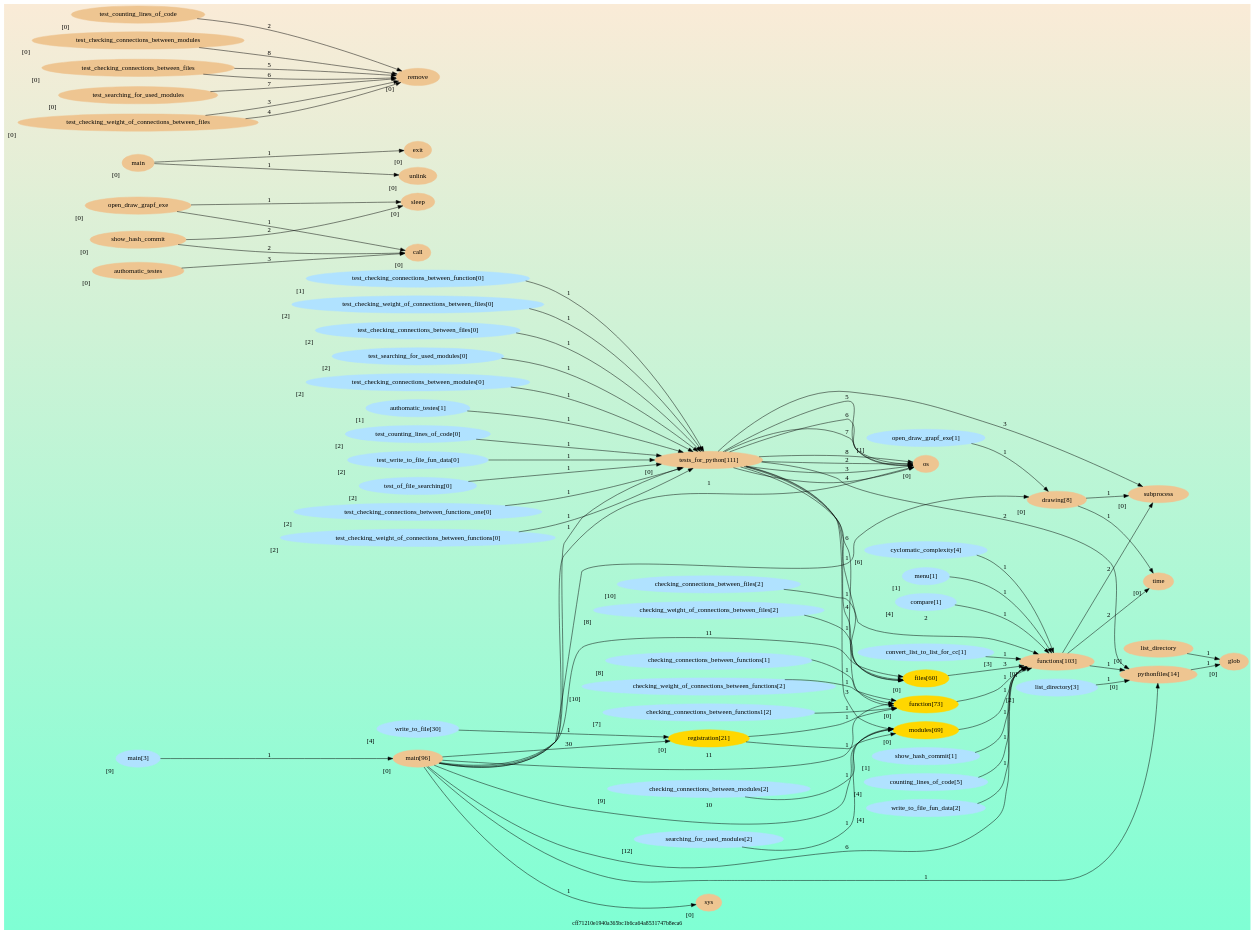
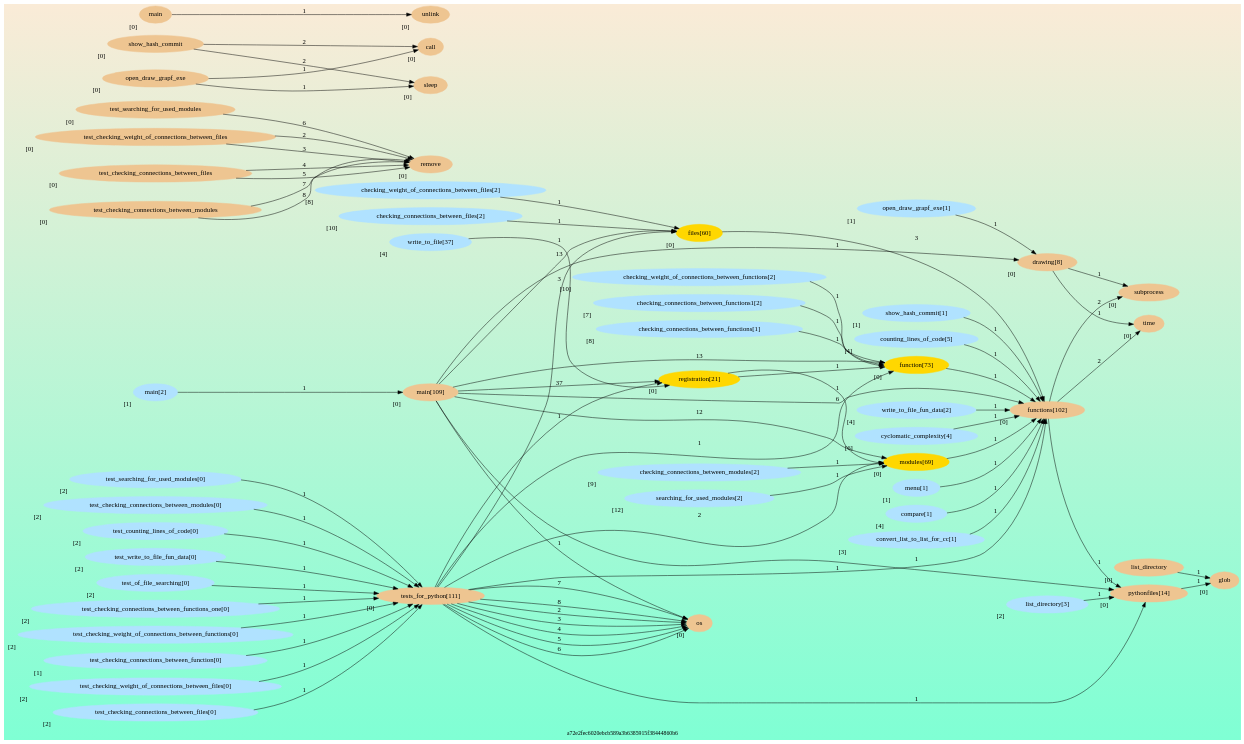
Before and after one commit to gzelek8/IO-ProjectJozin: the diagram in temp.dot, drawn with Graphviz. The commit also changed 14 other files, not shown here.

```diff
--- a/temp.dot
+++ b/temp.dot
@@ -11,12 +11,12 @@
 "compare[1]" [style =filled, color=lightskyblue1 xlabel=" [4]"]; 
 "convert_list_to_list_for_cc[1]" [style =filled, color=lightskyblue1 xlabel=" [3]"]; 
 "show_hash_commit[1]" [style =filled, color=lightskyblue1 xlabel=" [1]"]; 
-"main[3]" [style =filled, color=lightskyblue1 xlabel=" [9]"]; 
-"main[96]" [style =filled, color=lightskyblue1 xlabel=" [9]"]; 
+"main[2]" [style =filled, color=lightskyblue1 xlabel=" [1]"]; 
+"main[109]" [style =filled, color=lightskyblue1 xlabel=" [1]"]; 
 "searching_for_used_modules[2]" [style =filled, color=lightskyblue1 xlabel="[12]"]; 
 "checking_connections_between_modules[2]" [style =filled, color=lightskyblue1 xlabel=" [9]"]; 
 "list_directory[3]" [style =filled, color=lightskyblue1 xlabel=" [2]"]; 
-"write_to_file[30]" [style =filled, color=lightskyblue1 xlabel=" [4]"]; 
+"write_to_file[37]" [style =filled, color=lightskyblue1 xlabel=" [4]"]; 
 "test_counting_lines_of_code[0]" [style =filled, color=lightskyblue1 xlabel=" [2]"]; 
 "test_write_to_file_fun_data[0]" [style =filled, color=lightskyblue1 xlabel=" [2]"]; 
 "test_of_file_searching[0]" [style =filled, color=lightskyblue1 xlabel=" [2]"]; 
@@ -27,54 +27,49 @@
 "test_checking_connections_between_files[0]" [style =filled, color=lightskyblue1 xlabel=" [2]"]; 
 "test_searching_for_used_modules[0]" [style =filled, color=lightskyblue1 xlabel=" [2]"]; 
 "test_checking_connections_between_modules[0]" [style =filled, color=lightskyblue1 xlabel=" [2]"]; 
-"authomatic_testes[1]" [style =filled, color=lightskyblue1 xlabel=" [1]"]; 
-"time" [style =filled, color=lightskyblue1 xlabel=" [0]"]; 
-"main[96]" [style =filled, color=lightskyblue1 xlabel=" [0]"]; 
-"show_hash_commit" [style =filled, color=lightskyblue1 xlabel=" [0]"]; 
-"pythonfiles[14]" [style =filled, color=lightskyblue1 xlabel=" [0]"]; 
-"files[60]" [style =filled, color=lightskyblue1 xlabel=" [0]"]; 
-"glob" [style =filled, color=lightskyblue1 xlabel=" [0]"]; 
-"sleep" [style =filled, color=lightskyblue1 xlabel=" [0]"]; 
-"exit" [style =filled, color=lightskyblue1 xlabel=" [0]"]; 
-"authomatic_testes" [style =filled, color=lightskyblue1 xlabel=" [0]"]; 
+"subprocess" [style =filled, color=lightskyblue1 xlabel=" [0]"]; 
+"test_searching_for_used_modules" [style =filled, color=lightskyblue1 xlabel=" [0]"]; 
 "function[73]" [style =filled, color=lightskyblue1 xlabel=" [0]"]; 
 "list_directory" [style =filled, color=lightskyblue1 xlabel=" [0]"]; 
+"drawing[8]" [style =filled, color=lightskyblue1 xlabel=" [0]"]; 
+"functions[102]" [style =filled, color=lightskyblue1 xlabel=" [0]"]; 
+"time" [style =filled, color=lightskyblue1 xlabel=" [0]"]; 
+"test_checking_weight_of_connections_between_files" [style =filled, color=lightskyblue1 xlabel=" [0]"]; 
+"show_hash_commit" [style =filled, color=lightskyblue1 xlabel=" [0]"]; 
 "unlink" [style =filled, color=lightskyblue1 xlabel=" [0]"]; 
+"pythonfiles[14]" [style =filled, color=lightskyblue1 xlabel=" [0]"]; 
+"os" [style =filled, color=lightskyblue1 xlabel=" [0]"]; 
+"tests_for_python[111]" [style =filled, color=lightskyblue1 xlabel=" [0]"]; 
+"call" [style =filled, color=lightskyblue1 xlabel=" [0]"]; 
+"glob" [style =filled, color=lightskyblue1 xlabel=" [0]"]; 
+"test_checking_connections_between_files" [style =filled, color=lightskyblue1 xlabel=" [0]"]; 
+"test_checking_connections_between_modules" [style =filled, color=lightskyblue1 xlabel=" [0]"]; 
+"registration[21]" [style =filled, color=lightskyblue1 xlabel=" [0]"]; 
+"files[60]" [style =filled, color=lightskyblue1 xlabel=" [0]"]; 
+"modules[69]" [style =filled, color=lightskyblue1 xlabel=" [0]"]; 
 "main" [style =filled, color=lightskyblue1 xlabel=" [0]"]; 
-"test_counting_lines_of_code" [style =filled, color=lightskyblue1 xlabel=" [0]"]; 
-"functions[103]" [style =filled, color=lightskyblue1 xlabel=" [0]"]; 
-"test_checking_connections_between_modules" [style =filled, color=lightskyblue1 xlabel=" [0]"]; 
-"test_checking_connections_between_files" [style =filled, color=lightskyblue1 xlabel=" [0]"]; 
-"drawing[8]" [style =filled, color=lightskyblue1 xlabel=" [0]"]; 
-"test_searching_for_used_modules" [style =filled, color=lightskyblue1 xlabel=" [0]"]; 
-"sys" [style =filled, color=lightskyblue1 xlabel=" [0]"]; 
-"tests_for_python[111]" [style =filled, color=lightskyblue1 xlabel=" [0]"]; 
-"os" [style =filled, color=lightskyblue1 xlabel=" [0]"]; 
-"subprocess" [style =filled, color=lightskyblue1 xlabel=" [0]"]; 
-"test_checking_weight_of_connections_between_files" [style =filled, color=lightskyblue1 xlabel=" [0]"]; 
-"modules[69]" [style =filled, color=lightskyblue1 xlabel=" [0]"]; 
-"call" [style =filled, color=lightskyblue1 xlabel=" [0]"]; 
-"registration[21]" [style =filled, color=lightskyblue1 xlabel=" [0]"]; 
 "open_draw_grapf_exe" [style =filled, color=lightskyblue1 xlabel=" [0]"]; 
 "remove" [style =filled, color=lightskyblue1 xlabel=" [0]"]; 
+"main[109]" [style =filled, color=lightskyblue1 xlabel=" [0]"]; 
+"sleep" [style =filled, color=lightskyblue1 xlabel=" [0]"]; 
 "open_draw_grapf_exe[1]"->"drawing[8]"[label = 1];
 "checking_weight_of_connections_between_files[2]"->"files[60]"[label = 1];
 "checking_connections_between_files[2]"->"files[60]"[label = 1];
 "checking_connections_between_functions1[2]"->"function[73]"[label = 1];
 "checking_connections_between_functions[1]"->"function[73]"[label = 1];
 "checking_weight_of_connections_between_functions[2]"->"function[73]"[label = 1];
-"counting_lines_of_code[5]"->"functions[103]"[label = 1];
-"write_to_file_fun_data[2]"->"functions[103]"[label = 1];
-"cyclomatic_complexity[4]"->"functions[103]"[label = 1];
-"menu[1]"->"functions[103]"[label = 1];
-"compare[1]"->"functions[103]"[label = 1];
-"convert_list_to_list_for_cc[1]"->"functions[103]"[label = 1];
-"show_hash_commit[1]"->"functions[103]"[label = 1];
-"main[3]"->"main[96]"[label = 1];
+"counting_lines_of_code[5]"->"functions[102]"[label = 1];
+"write_to_file_fun_data[2]"->"functions[102]"[label = 1];
+"cyclomatic_complexity[4]"->"functions[102]"[label = 1];
+"menu[1]"->"functions[102]"[label = 1];
+"compare[1]"->"functions[102]"[label = 1];
+"convert_list_to_list_for_cc[1]"->"functions[102]"[label = 1];
+"show_hash_commit[1]"->"functions[102]"[label = 1];
+"main[2]"->"main[109]"[label = 1];
 "searching_for_used_modules[2]"->"modules[69]"[label = 1];
 "checking_connections_between_modules[2]"->"modules[69]"[label = 1];
 "list_directory[3]"->"pythonfiles[14]"[label = 1];
-"write_to_file[30]"->"registration[21]"[label = 1];
+"write_to_file[37]"->"registration[21]"[label = 1];
 "test_counting_lines_of_code[0]"->"tests_for_python[111]"[label = 1];
 "test_write_to_file_fun_data[0]"->"tests_for_python[111]"[label = 1];
 "test_of_file_searching[0]"->"tests_for_python[111]"[label = 1];
@@ -85,31 +80,28 @@
 "test_checking_connections_between_files[0]"->"tests_for_python[111]"[label = 1];
 "test_searching_for_used_modules[0]"->"tests_for_python[111]"[label = 1];
 "test_checking_connections_between_modules[0]"->"tests_for_python[111]"[label = 1];
-"authomatic_testes[1]"->"tests_for_python[111]"[label = 1];
 "files[60]" [style =filled, color=gold1]; 
-"functions[103]" [style =filled, color=gold1]; 
+"functions[102]" [style =filled, color=gold1]; 
 "function[73]" [style =filled, color=gold1]; 
-"functions[103]" [style =filled, color=gold1]; 
-"functions[103]" [style =filled, color=gold1]; 
+"functions[102]" [style =filled, color=gold1]; 
+"functions[102]" [style =filled, color=gold1]; 
 "pythonfiles[14]" [style =filled, color=gold1]; 
-"main[96]" [style =filled, color=gold1]; 
+"main[109]" [style =filled, color=gold1]; 
 "drawing[8]" [style =filled, color=gold1]; 
-"main[96]" [style =filled, color=gold1]; 
+"main[109]" [style =filled, color=gold1]; 
 "files[60]" [style =filled, color=gold1]; 
-"main[96]" [style =filled, color=gold1]; 
+"main[109]" [style =filled, color=gold1]; 
 "function[73]" [style =filled, color=gold1]; 
-"main[96]" [style =filled, color=gold1]; 
-"functions[103]" [style =filled, color=gold1]; 
-"main[96]" [style =filled, color=gold1]; 
+"main[109]" [style =filled, color=gold1]; 
+"functions[102]" [style =filled, color=gold1]; 
+"main[109]" [style =filled, color=gold1]; 
 "modules[69]" [style =filled, color=gold1]; 
-"main[96]" [style =filled, color=gold1]; 
+"main[109]" [style =filled, color=gold1]; 
 "pythonfiles[14]" [style =filled, color=gold1]; 
-"main[96]" [style =filled, color=gold1]; 
+"main[109]" [style =filled, color=gold1]; 
 "registration[21]" [style =filled, color=gold1]; 
-"main[96]" [style =filled, color=gold1]; 
-"tests_for_python[111]" [style =filled, color=gold1]; 
 "modules[69]" [style =filled, color=gold1]; 
-"functions[103]" [style =filled, color=gold1]; 
+"functions[102]" [style =filled, color=gold1]; 
 "registration[21]" [style =filled, color=gold1]; 
 "files[60]" [style =filled, color=gold1]; 
 "registration[21]" [style =filled, color=gold1]; 
@@ -117,60 +109,66 @@
 "registration[21]" [style =filled, color=gold1]; 
 "modules[69]" [style =filled, color=gold1]; 
 "tests_for_python[111]" [style =filled, color=gold1]; 
-"files[60]" [style =filled, color=gold1]; 
-"tests_for_python[111]" [style =filled, color=gold1]; 
 "function[73]" [style =filled, color=gold1]; 
 "tests_for_python[111]" [style =filled, color=gold1]; 
-"functions[103]" [style =filled, color=gold1]; 
+"registration[21]" [style =filled, color=gold1]; 
+"tests_for_python[111]" [style =filled, color=gold1]; 
+"pythonfiles[14]" [style =filled, color=gold1]; 
+"tests_for_python[111]" [style =filled, color=gold1]; 
+"functions[102]" [style =filled, color=gold1]; 
+"tests_for_python[111]" [style =filled, color=gold1]; 
+"files[60]" [style =filled, color=gold1]; 
 "tests_for_python[111]" [style =filled, color=gold1]; 
 "modules[69]" [style =filled, color=gold1]; 
 "tests_for_python[111]" [style =filled, color=gold1]; 
-"pythonfiles[14]" [style =filled, color=gold1]; 
-"files[60]"->"functions[103]"[label = 3];
-"function[73]"->"functions[103]"[label = 1];
-"functions[103]"->"pythonfiles[14]"[label = 1];
-"main[96]"->"drawing[8]"[label = 1];
-"main[96]"->"files[60]"[label = 11];
-"main[96]"->"function[73]"[label = 11];
-"main[96]"->"functions[103]"[label = 6];
-"main[96]"->"modules[69]"[label = 10];
-"main[96]"->"pythonfiles[14]"[label = 1];
-"main[96]"->"registration[21]"[label = 30];
-"main[96]"->"tests_for_python[111]"[label = 1];
-"modules[69]"->"functions[103]"[label = 1];
+"main[109]" [style =filled, color=gold1]; 
+"files[60]"->"functions[102]"[label = 3];
+"function[73]"->"functions[102]"[label = 1];
+"functions[102]"->"pythonfiles[14]"[label = 1];
+"main[109]"->"drawing[8]"[label = 1];
+"main[109]"->"files[60]"[label = 13];
+"main[109]"->"function[73]"[label = 13];
+"main[109]"->"functions[102]"[label = 6];
+"main[109]"->"modules[69]"[label = 12];
+"main[109]"->"pythonfiles[14]"[label = 1];
+"main[109]"->"registration[21]"[label = 37];
+"modules[69]"->"functions[102]"[label = 1];
 "registration[21]";
 "files[60]";
 "registration[21]"->"function[73]"[label = 1];
 "registration[21]"->"modules[69]"[label = 1];
-"tests_for_python[111]"->"files[60]"[label = 6];
-"tests_for_python[111]"->"function[73]"[label = 4];
-"tests_for_python[111]"->"functions[103]"[label = 2];
-"tests_for_python[111]"->"modules[69]"[label = 3];
-"tests_for_python[111]"->"pythonfiles[14]"[label = 2];
+"tests_for_python[111]"->"function[73]"[label = 1];
+"tests_for_python[111]"->"registration[21]"[label = 1];
+"tests_for_python[111]"->"pythonfiles[14]"[label = 1];
+"tests_for_python[111]"->"functions[102]"[label = 1];
+"tests_for_python[111]"->"files[60]"[label = 3];
+"tests_for_python[111]"->"modules[69]"[label = 2];
+"tests_for_python[111]";
+"main[109]";
+"drawing[8]" [style =filled, color=burlywood2]; 
+"subprocess" [style =filled, color=burlywood2]; 
+"open_draw_grapf_exe" [style =filled, color=burlywood2]; 
+"call" [style =filled, color=burlywood2]; 
+"functions[102]" [style =filled, color=burlywood2]; 
+"subprocess" [style =filled, color=burlywood2]; 
+"show_hash_commit" [style =filled, color=burlywood2]; 
+"call" [style =filled, color=burlywood2]; 
 "drawing[8]" [style =filled, color=burlywood2]; 
 "time" [style =filled, color=burlywood2]; 
 "open_draw_grapf_exe" [style =filled, color=burlywood2]; 
 "sleep" [style =filled, color=burlywood2]; 
-"functions[103]" [style =filled, color=burlywood2]; 
+"functions[102]" [style =filled, color=burlywood2]; 
 "time" [style =filled, color=burlywood2]; 
 "show_hash_commit" [style =filled, color=burlywood2]; 
 "sleep" [style =filled, color=burlywood2]; 
-"main[96]" [style =filled, color=burlywood2]; 
-"sys" [style =filled, color=burlywood2]; 
-"main" [style =filled, color=burlywood2]; 
-"exit" [style =filled, color=burlywood2]; 
 "pythonfiles[14]" [style =filled, color=burlywood2]; 
 "glob" [style =filled, color=burlywood2]; 
 "list_directory" [style =filled, color=burlywood2]; 
 "glob" [style =filled, color=burlywood2]; 
-"main[96]" [style =filled, color=burlywood2]; 
+"main[109]" [style =filled, color=burlywood2]; 
 "os" [style =filled, color=burlywood2]; 
 "main" [style =filled, color=burlywood2]; 
 "unlink" [style =filled, color=burlywood2]; 
-"tests_for_python[111]" [style =filled, color=burlywood2]; 
-"os" [style =filled, color=burlywood2]; 
-"test_counting_lines_of_code" [style =filled, color=burlywood2]; 
-"remove" [style =filled, color=burlywood2]; 
 "tests_for_python[111]" [style =filled, color=burlywood2]; 
 "os" [style =filled, color=burlywood2]; 
 "test_checking_weight_of_connections_between_files" [style =filled, color=burlywood2]; 
@@ -195,49 +193,37 @@
 "os" [style =filled, color=burlywood2]; 
 "test_checking_connections_between_modules" [style =filled, color=burlywood2]; 
 "remove" [style =filled, color=burlywood2]; 
-"drawing[8]" [style =filled, color=burlywood2]; 
-"subprocess" [style =filled, color=burlywood2]; 
-"open_draw_grapf_exe" [style =filled, color=burlywood2]; 
-"call" [style =filled, color=burlywood2]; 
-"functions[103]" [style =filled, color=burlywood2]; 
-"subprocess" [style =filled, color=burlywood2]; 
-"show_hash_commit" [style =filled, color=burlywood2]; 
-"call" [style =filled, color=burlywood2]; 
 "tests_for_python[111]" [style =filled, color=burlywood2]; 
-"subprocess" [style =filled, color=burlywood2]; 
-"authomatic_testes" [style =filled, color=burlywood2]; 
-"call" [style =filled, color=burlywood2]; 
+"os" [style =filled, color=burlywood2]; 
+"test_checking_connections_between_modules" [style =filled, color=burlywood2]; 
+"remove" [style =filled, color=burlywood2]; 
+"drawing[8]"->"subprocess"[label = 1];
+"open_draw_grapf_exe"->"call"[label = 1];
+"functions[102]"->"subprocess"[label = 2];
+"show_hash_commit"->"call"[label = 2];
 "drawing[8]"->"time"[label = 1];
 "open_draw_grapf_exe"->"sleep"[label = 1];
-"functions[103]"->"time"[label = 2];
+"functions[102]"->"time"[label = 2];
 "show_hash_commit"->"sleep"[label = 2];
-"main[96]"->"sys"[label = 1];
-"main"->"exit"[label = 1];
 "pythonfiles[14]"->"glob"[label = 1];
 "list_directory"->"glob"[label = 1];
-"main[96]"->"os"[label = 1];
+"main[109]"->"os"[label = 1];
 "main"->"unlink"[label = 1];
 "tests_for_python[111]"->"os"[label = 2];
-"test_counting_lines_of_code"->"remove"[label = 2];
+"test_checking_weight_of_connections_between_files"->"remove"[label = 2];
 "tests_for_python[111]"->"os"[label = 3];
 "test_checking_weight_of_connections_between_files"->"remove"[label = 3];
 "tests_for_python[111]"->"os"[label = 4];
-"test_checking_weight_of_connections_between_files"->"remove"[label = 4];
+"test_checking_connections_between_files"->"remove"[label = 4];
 "tests_for_python[111]"->"os"[label = 5];
 "test_checking_connections_between_files"->"remove"[label = 5];
 "tests_for_python[111]"->"os"[label = 6];
-"test_checking_connections_between_files"->"remove"[label = 6];
+"test_searching_for_used_modules"->"remove"[label = 6];
 "tests_for_python[111]"->"os"[label = 7];
-"test_searching_for_used_modules"->"remove"[label = 7];
+"test_checking_connections_between_modules"->"remove"[label = 7];
 "tests_for_python[111]"->"os"[label = 8];
 "test_checking_connections_between_modules"->"remove"[label = 8];
-"drawing[8]"->"subprocess"[label = 1];
-"open_draw_grapf_exe"->"call"[label = 1];
-"functions[103]"->"subprocess"[label = 2];
-"show_hash_commit"->"call"[label = 2];
-"tests_for_python[111]"->"subprocess"[label = 3];
-"authomatic_testes"->"call"[label = 3];
 overlap=false 
-label = cff71210e1940a365bc1b6ca64a8531747b8eca6 
+label = a72e2fec6020ebcb589a3b6385915f38444860b6 
 fontsize = 12; 
 }
```
